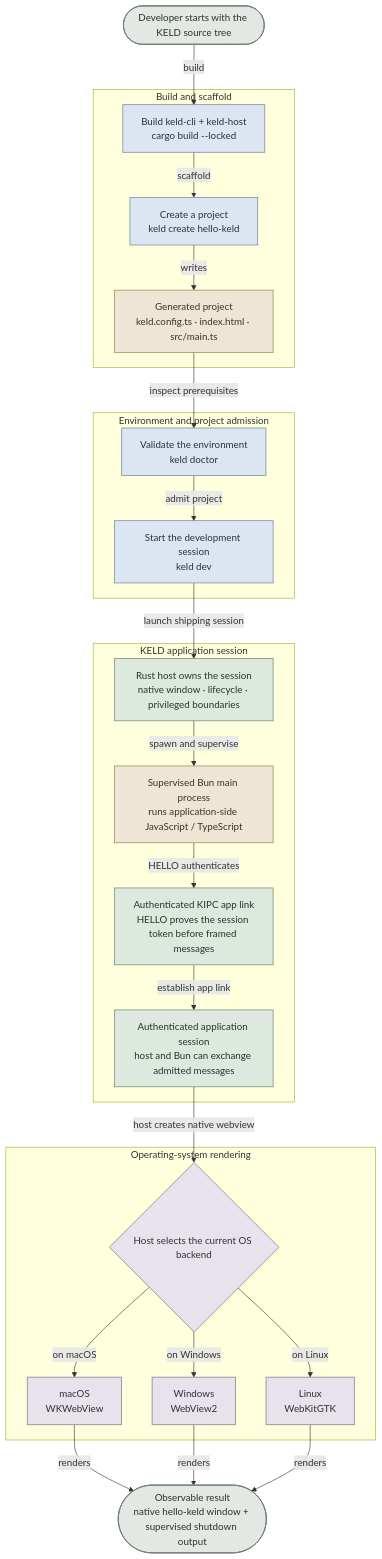
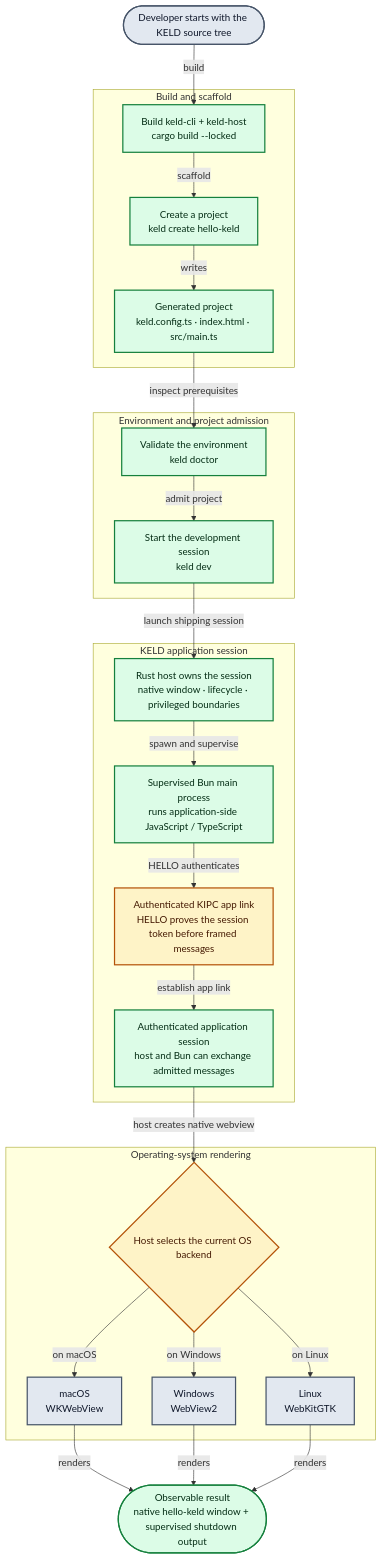
One commit to gyldlab/keld changed the first of 3 diagrams in README.md. Above: the diagram before and after it, drawn with Mermaid. The commit also changed other lines of this file, not shown here.

Commit message:
docs(readme): align prerequisites and Mermaid policy

````diff
--- a/README.md
+++ b/README.md
@@ -62,60 +62,58 @@
 ```mermaid
 flowchart TB
+    accTitle: From source to a running KELD desktop app
+    accDescr: A developer builds KELD, scaffolds and validates an app, starts a supervised Rust and Bun session, authenticates KIPC, selects the current operating-system webview, and observes a native hello-keld window plus shutdown output.
     START(["Developer starts with the KELD source tree"])
 
     subgraph BUILD["Build and scaffold"]
         BUILDCLI["Build keld-cli + keld-host<br/>cargo build --locked"]
         CREATE["Create a project<br/>keld create hello-keld"]
         PROJECT["Generated project<br/>keld.config.ts · index.html · src/main.ts"]
     end
 
     subgraph VALIDATE["Environment and project admission"]
         DOCTOR["Validate the environment<br/>keld doctor"]
         DEV["Start the development session<br/>keld dev"]
     end
 
     subgraph SESSION["KELD application session"]
         HOST["Rust host owns the session<br/>native window · lifecycle · privileged boundaries"]
         BUN["Supervised Bun main process<br/>runs application-side JavaScript / TypeScript"]
         KIPC["Authenticated KIPC app link<br/>HELLO proves the session token before framed messages"]
         ADMITTED["Authenticated application session<br/>host and Bun can exchange admitted messages"]
     end
 
     subgraph PLATFORM["Operating-system rendering"]
         SELECT{"Host selects the current OS backend"}
         MAC["macOS<br/>WKWebView"]
         WINDOWS["Windows<br/>WebView2"]
         LINUX["Linux<br/>WebKitGTK"]
     end
 
     RESULT(["Observable result<br/>native hello-keld window + supervised shutdown output"])
 
     START -->|"build"| BUILDCLI
     BUILDCLI -->|"scaffold"| CREATE
     CREATE -->|"writes"| PROJECT
     PROJECT -->|"inspect prerequisites"| DOCTOR
     DOCTOR -->|"admit project"| DEV
     DEV -->|"launch shipping session"| HOST
     HOST -->|"spawn and supervise"| BUN
     BUN -->|"HELLO authenticates"| KIPC
     KIPC -->|"establish app link"| ADMITTED
     ADMITTED -->|"host creates native webview"| SELECT
     SELECT -->|"on macOS"| MAC
     SELECT -->|"on Windows"| WINDOWS
     SELECT -->|"on Linux"| LINUX
     MAC -->|"renders"| RESULT
     WINDOWS -->|"renders"| RESULT
     LINUX -->|"renders"| RESULT
 
-    classDef action fill:#DCE6F2,stroke:#72879A,color:#26343F,stroke-width:1.2px;
-    classDef app fill:#EEE5D5,stroke:#9B8867,color:#3B3428,stroke-width:1.2px;
-    classDef authority fill:#DDE9DF,stroke:#718A76,color:#26352A,stroke-width:1.2px;
-    classDef platform fill:#E7E2EC,stroke:#84798E,color:#342E39,stroke-width:1.2px;
-    classDef result fill:#E3E8E4,stroke:#6F7E72,color:#26352A,stroke-width:1.4px;
+    classDef current fill:#dcfce7,stroke:#15803d,color:#052e16,stroke-width:2px
+    classDef gate fill:#fef3c7,stroke:#b45309,color:#451a03,stroke-width:2px
+    classDef external fill:#e2e8f0,stroke:#475569,color:#0f172a,stroke-width:2px
 
-    class BUILDCLI,CREATE,DOCTOR,DEV action;
-    class PROJECT,BUN app;
-    class HOST,KIPC,ADMITTED authority;
-    class SELECT,MAC,WINDOWS,LINUX platform;
-    class START,RESULT result;
+    class BUILDCLI,CREATE,PROJECT,DOCTOR,DEV,HOST,BUN,ADMITTED,RESULT current;
+    class KIPC,SELECT gate;
+    class START,MAC,WINDOWS,LINUX external;
 ```
````
